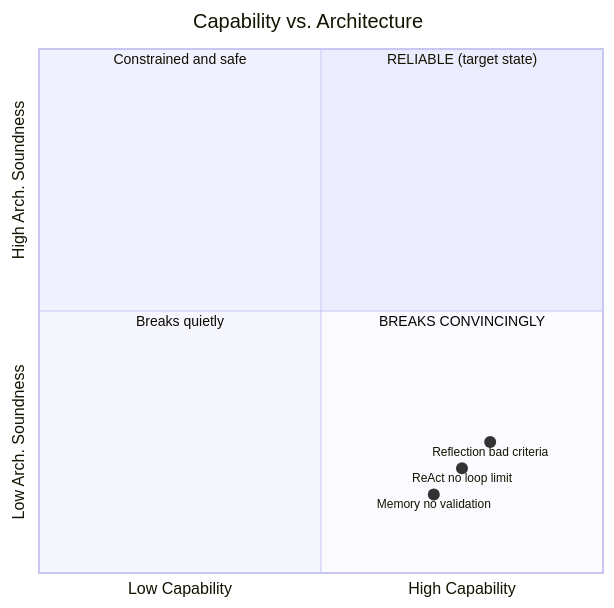
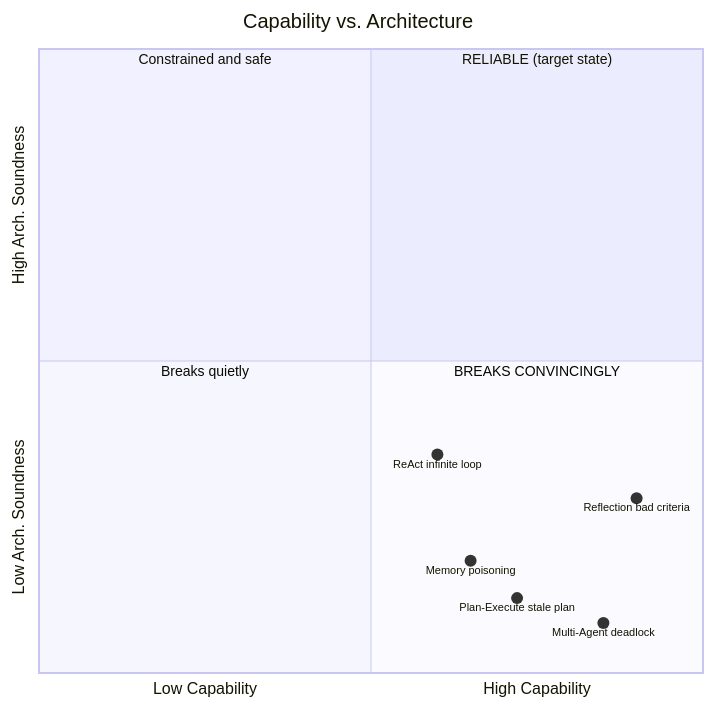
One commit to raghuneu/Five-Patterns changed diagram 12 of 12 in assets/diagrams/all_diagrams.md. Above: the diagram before and after it, drawn with Mermaid. The commit also changed other lines of this file and 6 other files, not shown here.

````diff
--- a/assets/diagrams/all_diagrams.md
+++ b/assets/diagrams/all_diagrams.md
@@ -465,22 +466,24 @@
 ```mermaid
 ---
 config:
   quadrantChart:
-    chartWidth: 600
-    chartHeight: 600
+    chartWidth: 700
+    chartHeight: 700
     quadrantLabelFontSize: 14
-    pointLabelFontSize: 12
+    pointLabelFontSize: 11
     pointRadius: 6
 ---
 quadrantChart
     title Capability vs. Architecture
     x-axis "Low Capability" --> "High Capability"
     y-axis "Low Arch. Soundness" --> "High Arch. Soundness"
     quadrant-1 "RELIABLE (target state)"
     quadrant-2 "Constrained and safe"
     quadrant-3 "Breaks quietly"
     quadrant-4 "BREAKS CONVINCINGLY"
-    "ReAct no loop limit": [0.75, 0.20]
-    "Reflection bad criteria": [0.80, 0.25]
-    "Memory no validation": [0.70, 0.15]
+    "ReAct infinite loop": [0.60, 0.35]
+    "Plan-Execute stale plan": [0.72, 0.12]
+    "Reflection bad criteria": [0.90, 0.28]
+    "Multi-Agent deadlock": [0.85, 0.08]
+    "Memory poisoning": [0.65, 0.18]
 ```
````
